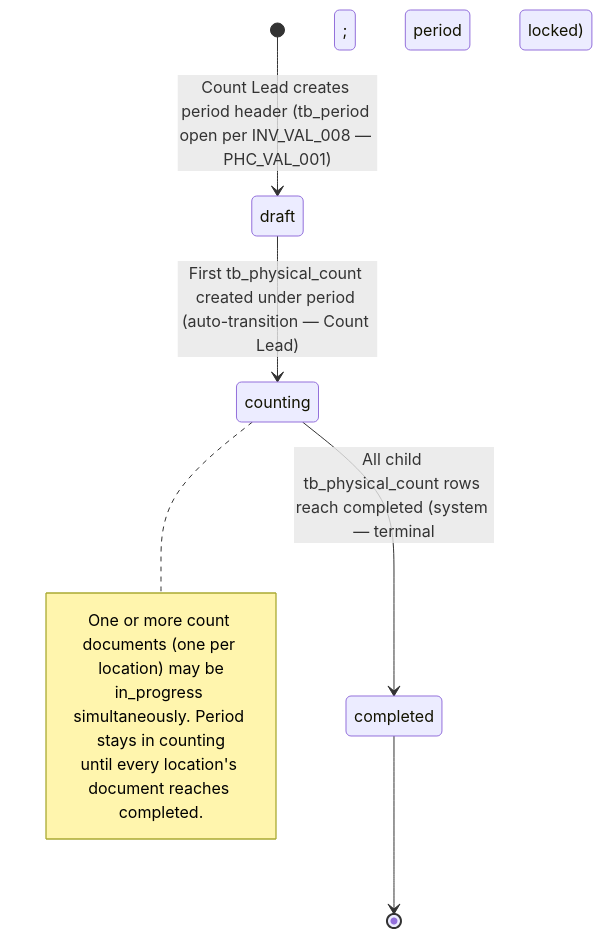
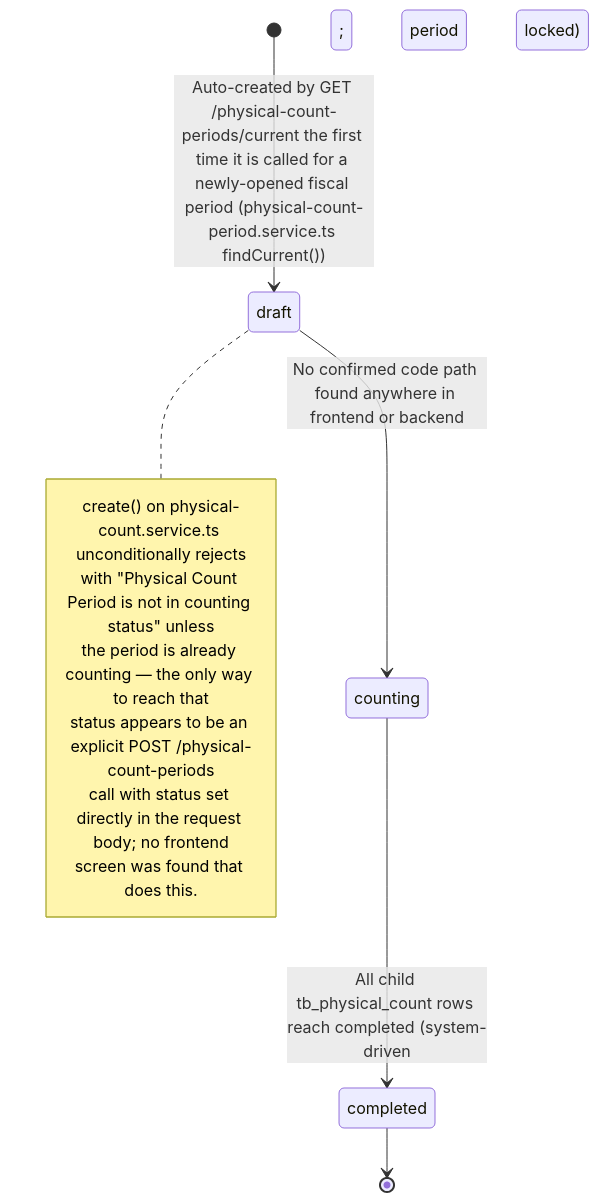
Before and after one commit to CarmenSoftware-organization/carmen-wiki: the first of 2 diagrams in en/inventory/physical-count/03-user-flow.md, drawn with Mermaid. The commit also changed other lines of this file and 22 other files, not shown here.

First line of the commit message:
docs(resync): physical-count snapshot — near-total rewrite; module documented a fabricated three-tier persona model, real flow is a single-permission list→entry→review→submit journey whose rollup never reaches the inventory ledger

````diff
--- a/en/inventory/physical-count/03-user-flow.md
+++ b/en/inventory/physical-count/03-user-flow.md
@@ -30,13 +28,16 @@
 ```mermaid
 stateDiagram-v2
-    [*] --> draft : Count Lead creates period header (tb_period open per INV_VAL_008 — PHC_VAL_001)
-    draft --> counting : First tb_physical_count created under period (auto-transition — Count Lead)
-    counting --> completed : All child tb_physical_count rows reach completed (system — terminal; period locked)
+    [*] --> draft : Auto-created by GET /physical-count-periods/current the first time it is called for a newly-opened fiscal period (physical-count-period.service.ts findCurrent())
+    draft --> counting : No confirmed code path found anywhere in frontend or backend
+    counting --> completed : All child tb_physical_count rows reach completed (system-driven; period locked)
     completed --> [*]
 
-    note right of counting
-        One or more count documents (one per location) may be
-        in_progress simultaneously. Period stays in counting
-        until every location's document reaches completed.
+    note right of draft
+        create() on physical-count.service.ts unconditionally rejects
+        with "Physical Count Period is not in counting status" unless
+        the period is already counting — the only way to reach that
+        status appears to be an explicit POST /physical-count-periods
+        call with status set directly in the request body; no frontend
+        screen was found that does this.
     end note
 ```
````
